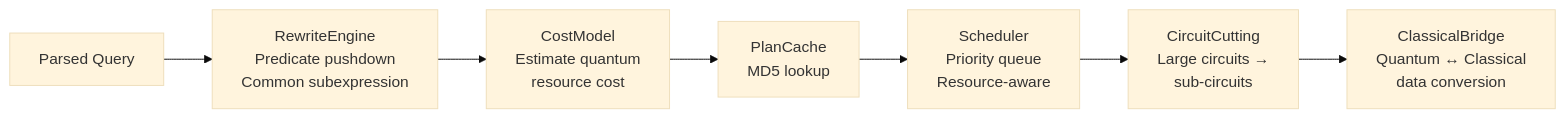
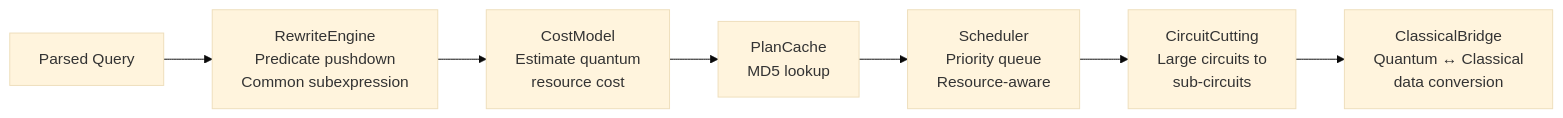
One commit to abhishekpanthee/quantum-database changed the eighth of 15 diagrams in README.md. Above: the diagram before and after it, drawn with Mermaid (base theme). The commit also changed other lines of this file and 2 other files, not shown here.

Commit message:
fix: Correct Mermaid diagram rendering for GitHub

````diff
--- a/README.md
+++ b/README.md
@@ -506,9 +506,9 @@
 ```mermaid
 flowchart LR
     Q[Parsed Query] --> RW[RewriteEngine<br/>Predicate pushdown<br/>Common subexpression]
     RW --> CM[CostModel<br/>Estimate quantum<br/>resource cost]
     CM --> PC[PlanCache<br/>MD5 lookup]
     PC --> SC[Scheduler<br/>Priority queue<br/>Resource-aware]
-    SC --> CC[CircuitCutting<br/>Large circuits →<br/>sub-circuits]
+    SC --> CC[CircuitCutting<br/>Large circuits to<br/>sub-circuits]
     CC --> CB[ClassicalBridge<br/>Quantum ↔ Classical<br/>data conversion]
 ```
````
